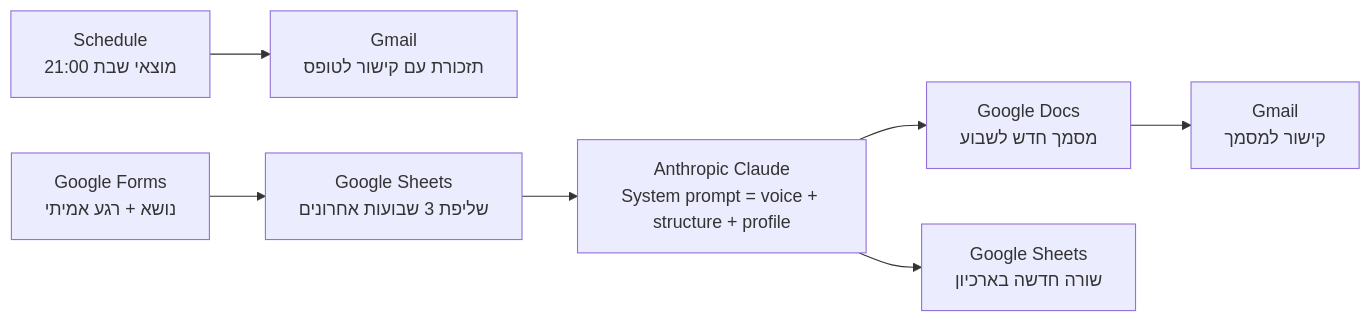
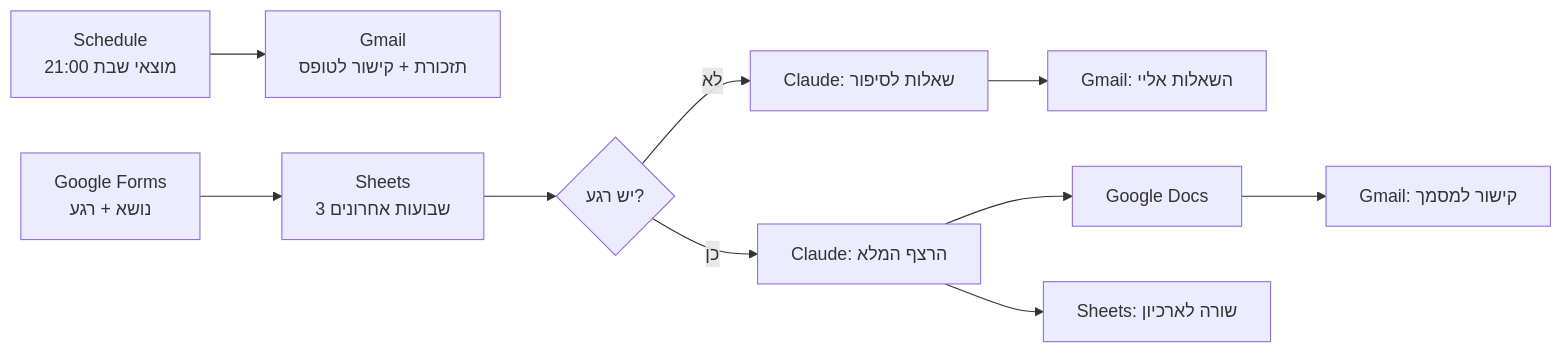
Before and after one commit to efrathattav-cloud/bocharot-beometz-agent: the second of 2 diagrams in SPEC.md, drawn with Mermaid. The commit also changed other lines of this file and 2 other files, not shown here.

````diff
--- a/SPEC.md
+++ b/SPEC.md
@@ -157,9 +246,11 @@
 ```mermaid
 flowchart LR
-    S[Schedule<br/>מוצאי שבת 21:00] --> G1[Gmail<br/>תזכורת עם קישור לטופס]
-    F[Google Forms<br/>נושא + רגע אמיתי] --> SH1[Google Sheets<br/>שליפת 3 שבועות אחרונים]
-    SH1 --> C[Anthropic Claude<br/>System prompt = voice + structure + profile]
-    C --> D[Google Docs<br/>מסמך חדש לשבוע]
-    C --> SH2[Google Sheets<br/>שורה חדשה בארכיון]
-    D --> G2[Gmail<br/>קישור למסמך]
+    S[Schedule<br/>מוצאי שבת 21:00] --> G1[Gmail<br/>תזכורת + קישור לטופס]
+    F[Google Forms<br/>נושא + רגע] --> SH1[Sheets<br/>3 שבועות אחרונים]
+    SH1 --> R{יש רגע?}
+    R -- לא --> Q[Claude: שאלות לסיפור] --> G3[Gmail: השאלות אליי]
+    R -- כן --> C[Claude: הרצף המלא]
+    C --> D[Google Docs]
+    C --> SH2[Sheets: שורה לארכיון]
+    D --> G2[Gmail: קישור למסמך]
 ```
````
